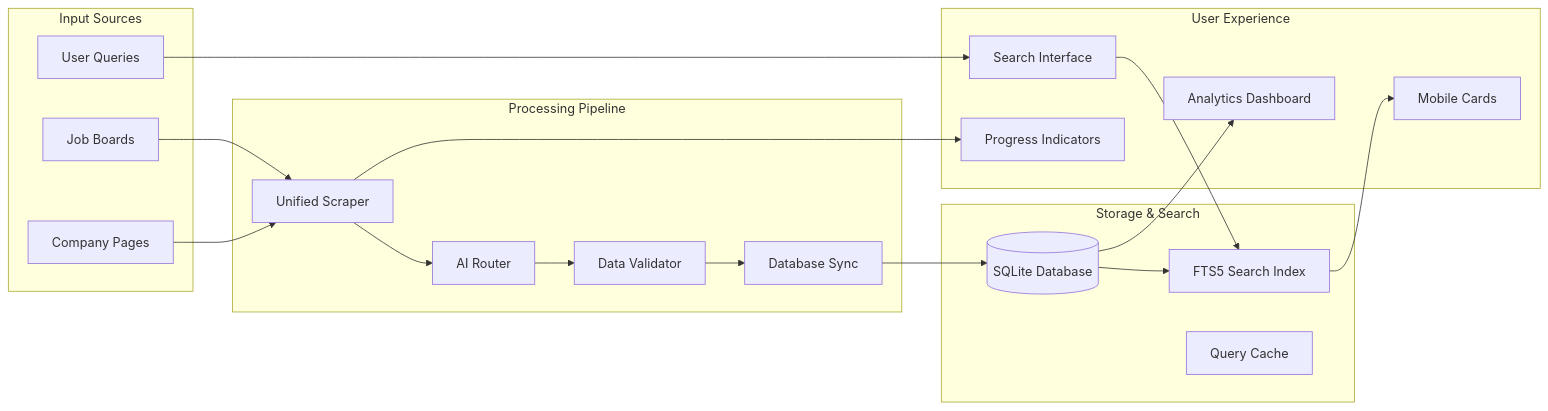
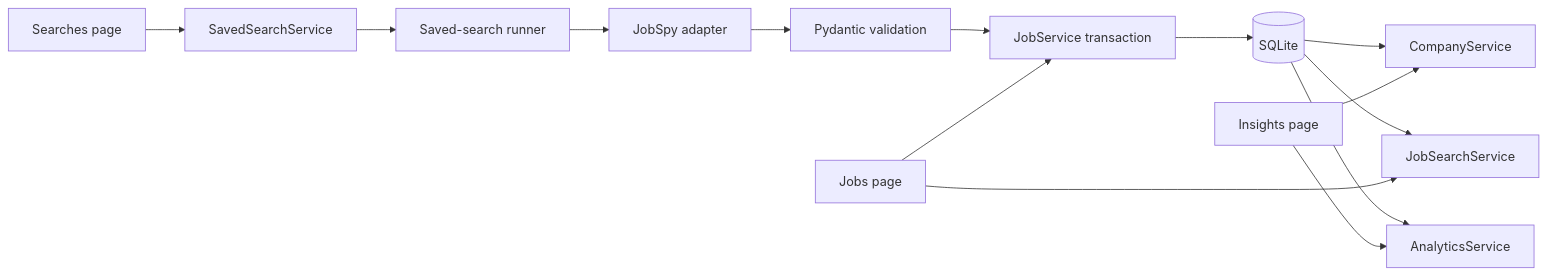
Before and after one commit to BjornMelin/ai-job-scraper: the diagram in docs/developers/architecture-overview.md, drawn with Mermaid. The commit also changed other lines of this file and 392 other files, not shown here.

````diff
--- a/docs/developers/architecture-overview.md
+++ b/docs/developers/architecture-overview.md
@@ -209,41 +11,16 @@
 ```mermaid
-graph LR
-    subgraph "Input Sources"
-        JB[Job Boards]
-        CP[Company Pages]
-        USER[User Queries]
-    end
-    
-    subgraph "Processing Pipeline"
-        SCRAPER[Unified Scraper]
-        AI_ROUTER[AI Router]
-        VALIDATOR[Data Validator]
-        DB_SYNC[Database Sync]
-    end
-    
-    subgraph "Storage & Search"
-        DB[(SQLite Database)]
-        FTS5[FTS5 Search Index]
-        CACHE[Query Cache]
-    end
-    
-    subgraph "User Experience"
-        SEARCH_UI[Search Interface]
-        CARDS[Mobile Cards]
-        ANALYTICS[Analytics Dashboard]
-        STATUS[Progress Indicators]
-    end
-    
-    JB --> SCRAPER
-    CP --> SCRAPER
-    SCRAPER --> AI_ROUTER
-    AI_ROUTER --> VALIDATOR
-    VALIDATOR --> DB_SYNC
-    DB_SYNC --> DB
-    DB --> FTS5
-    USER --> SEARCH_UI
-    SEARCH_UI --> FTS5
-    FTS5 --> CARDS
-    DB --> ANALYTICS
-    SCRAPER --> STATUS
+flowchart LR
+    SearchesUI[Searches page] --> Searches[SavedSearchService]
+    Searches --> Runner[Saved-search runner]
+    Runner --> Scraper[JobSpy adapter]
+    Scraper --> Validation[Pydantic validation]
+    Validation --> Jobs[JobService transaction]
+    Jobs --> DB[(SQLite)]
+    DB --> Facets[CompanyService]
+    DB --> Search[JobSearchService]
+    DB --> Analytics[AnalyticsService]
+    JobsUI[Jobs page] --> Search
+    JobsUI --> Jobs
+    InsightsUI[Insights page] --> Facets
+    InsightsUI --> Analytics
 ```
````
